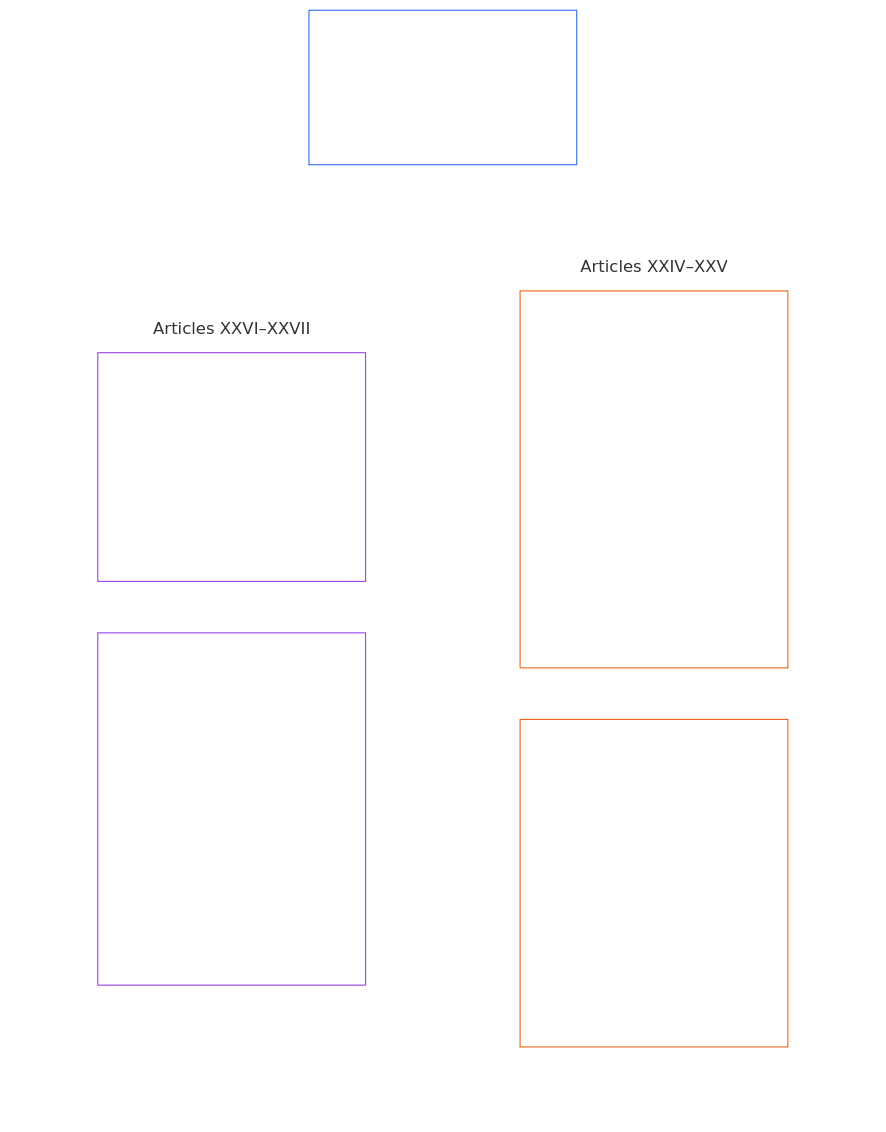
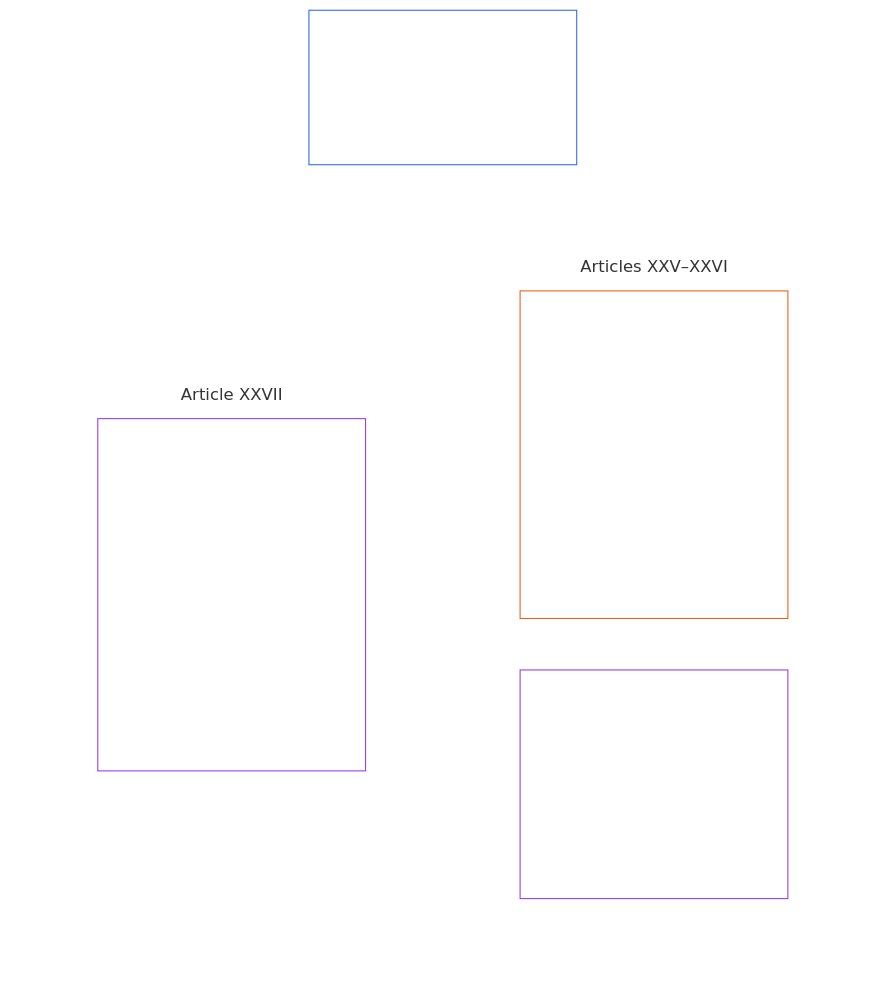
One commit to kfoelsch/Sentient_Constitution changed the ninth of 22 diagrams in guides/CONCEPTUAL_OVERVIEW.md. Above: the diagram before and after it, drawn with Mermaid. The commit also changed other lines of this file and 128 other files, not shown here.

First line of the commit message:
Restructure Chapter Six: justice article to XX, split Part C into C/D/E

````diff
--- a/guides/CONCEPTUAL_OVERVIEW.md
+++ b/guides/CONCEPTUAL_OVERVIEW.md
@@ -372,26 +394,24 @@
 ```mermaid
 flowchart TB
-    D0["Part D<br/><br/>Justice, constitutional review, evolution, and transition"]
-    subgraph Dgrid[" "]
+    E0["Part E<br/><br/>Conflict resolution, review, constitutional evolution, and transition"]
+    subgraph Egrid[" "]
         direction TB
-        subgraph Drow1["Articles XXIV–XXV"]
+        subgraph Erow1["Articles XXV–XXVI"]
             direction LR
-            D1["Article XXIV · Conflict Resolution, Escalation, and Emergency Proportionality<br/><br/>• Justice objective and scope<br/>• Restitution and restorative accountability<br/>• Least-restrictive and time-bounded rules<br/>• Emergency continuation burden"]
-            D2["Article XXV · Timely Retrospective Review and Restorative Alignment<br/><br/>• Retrospective review and disclosure<br/>• Rights-collision procedure<br/>• Restorative alignment<br/>• Timely resolution and anti-delay"]
+            E1["Article XXV · Timely Retrospective Review and Restorative Alignment<br/><br/>• Retrospective review and disclosure<br/>• Rights-collision procedure<br/>• Restorative alignment<br/>• Timely resolution and anti-delay"]
+            E2["Article XXVI · Constitutional Evolution and Non-Entrenchment<br/><br/>• Non-entrenchment and revisability<br/>• Periodic revalidation and transparent change"]
         end
-        subgraph Drow2["Articles XXVI–XXVII"]
+        subgraph Erow2["Article XXVII"]
             direction LR
-            D3["Article XXVI · Constitutional Evolution and Non-Entrenchment<br/><br/>• Non-entrenchment and revisability<br/>• Periodic revalidation and transparent change"]
-            D4["Article XXVII · Transition Governance, Continuity, and Re-Baselining<br/><br/>• Phased adoption and Rights Floor continuity<br/>• Transitional authority and reauthorization<br/>• Failure off-ramps, re-baselining, and traceability<br/>• Non-compliant property and systems"]
+            E3["Article XXVII · Transition Governance, Continuity, and Re-Baselining<br/><br/>• Phased adoption and Rights Floor continuity<br/>• Transitional authority and reauthorization<br/>• Failure off-ramps, re-baselining, and traceability<br/>• Non-compliant property and systems"]
         end
     end
-    D0 ~~~ Dgrid
-    style Dgrid fill:none,stroke:none
-    style Drow1 fill:none,stroke:none
-    style Drow2 fill:none,stroke:none
-    style D0 fill:none,stroke:#2563eb,color:#ffffff
-    style D1 fill:none,stroke:#ea580c,color:#ffffff
-    style D2 fill:none,stroke:#ea580c,color:#ffffff
-    style D3 fill:none,stroke:#9333ea,color:#ffffff
-    style D4 fill:none,stroke:#9333ea,color:#ffffff
+    E0 ~~~ Egrid
+    style Egrid fill:none,stroke:none
+    style Erow1 fill:none,stroke:none
+    style Erow2 fill:none,stroke:none
+    style E0 fill:none,stroke:#2563eb,color:#ffffff
+    style E1 fill:none,stroke:#ea580c,color:#ffffff
+    style E2 fill:none,stroke:#9333ea,color:#ffffff
+    style E3 fill:none,stroke:#9333ea,color:#ffffff
 ```
````
